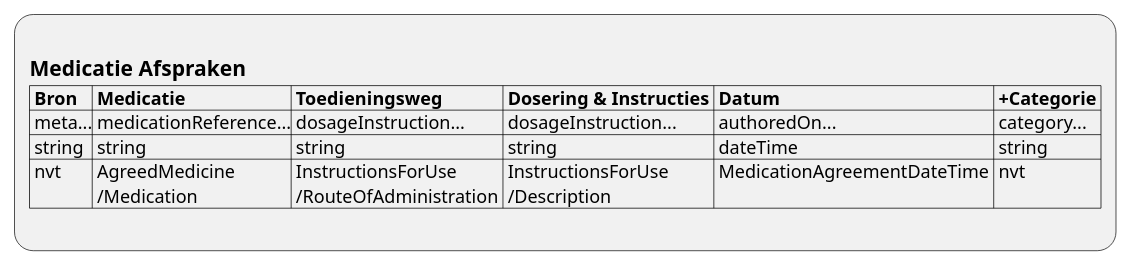
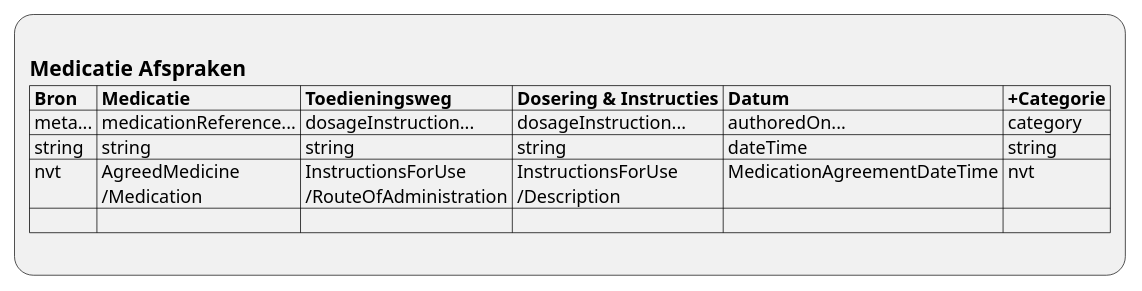
One commit to RIVO-Noord/zorgviewer-ig changed the diagram in input/images-source/ViewDefinition-MedicationRequest.plantuml. Above: the diagram before and after it, drawn with PlantUML. The commit also changed 13 other files, not shown here.

```diff
--- a/input/images-source/ViewDefinition-MedicationRequest.plantuml
+++ b/input/images-source/ViewDefinition-MedicationRequest.plantuml
@@ -1,9 +1,10 @@
 @startuml ViewDefinition-MedicationRequest
 :
 == Medicatie Afspraken
 |= Bron |= Medicatie |= Toedieningsweg |= Dosering & Instructies |= Datum |= +Categorie |
-| meta...| medicationReference...| dosageInstruction...| dosageInstruction...| authoredOn...| category...|
+| meta... | medicationReference... | dosageInstruction... | dosageInstruction... | authoredOn... | category |
 | string | string | string | string | dateTime | string |
 | nvt | AgreedMedicine\n /Medication | InstructionsForUse\n /RouteOfAdministration | InstructionsForUse\n /Description | MedicationAgreementDateTime | nvt |
+| |
 ;
 @enduml
```
